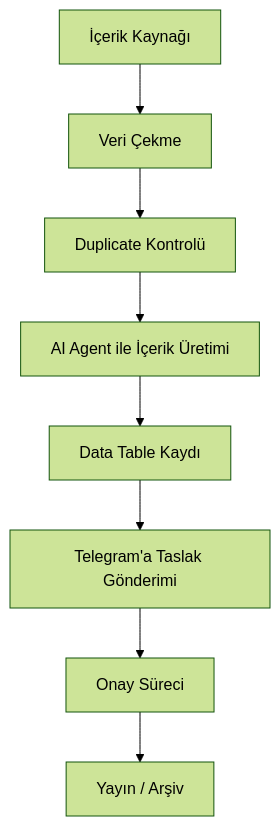
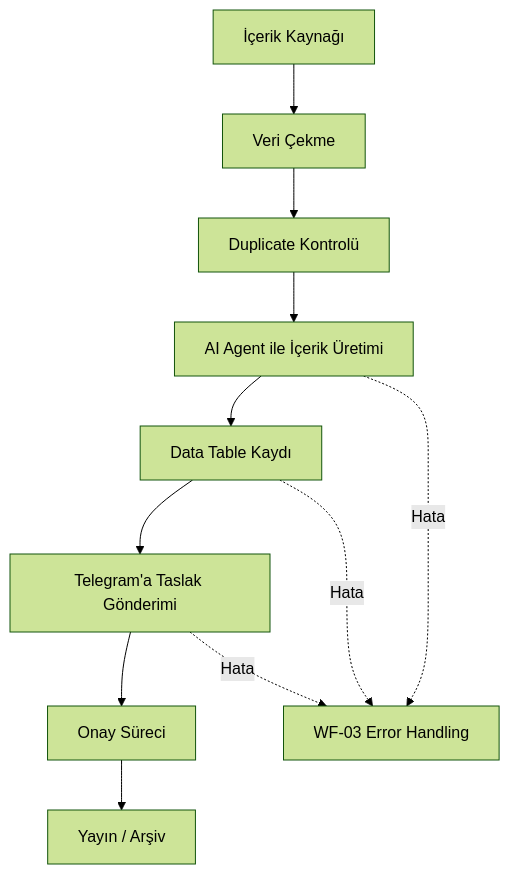
Before and after one commit to mustafaxln/social-media-agent: the first of 5 diagrams in docs/akis-semasi.md, drawn with Mermaid (forest theme). The commit also changed other lines of this file and 28 other files, not shown here.

````diff
--- a/docs/akis-semasi.md
+++ b/docs/akis-semasi.md
@@ -5,10 +5,13 @@
 ```mermaid
 flowchart TD
     A[İçerik Kaynağı] --> B[Veri Çekme]
     B --> C[Duplicate Kontrolü]
     C --> D[AI Agent ile İçerik Üretimi]
     D --> E[Data Table Kaydı]
     E --> F[Telegram'a Taslak Gönderimi]
     F --> G[Onay Süreci]
     G --> H[Yayın / Arşiv]
+    D -.->|Hata| E3[WF-03 Error Handling]
+    E -.->|Hata| E3
+    F -.->|Hata| E3
 ```
````
